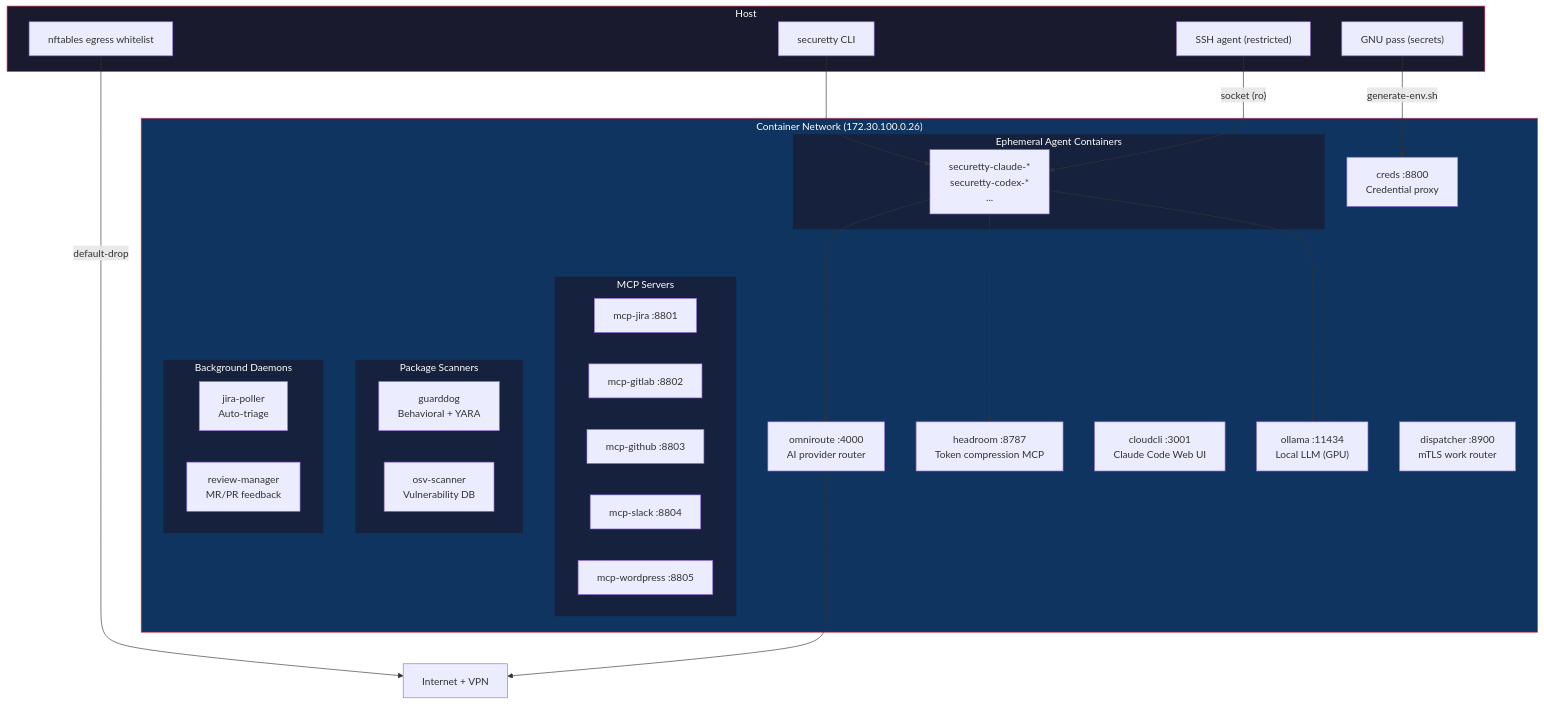
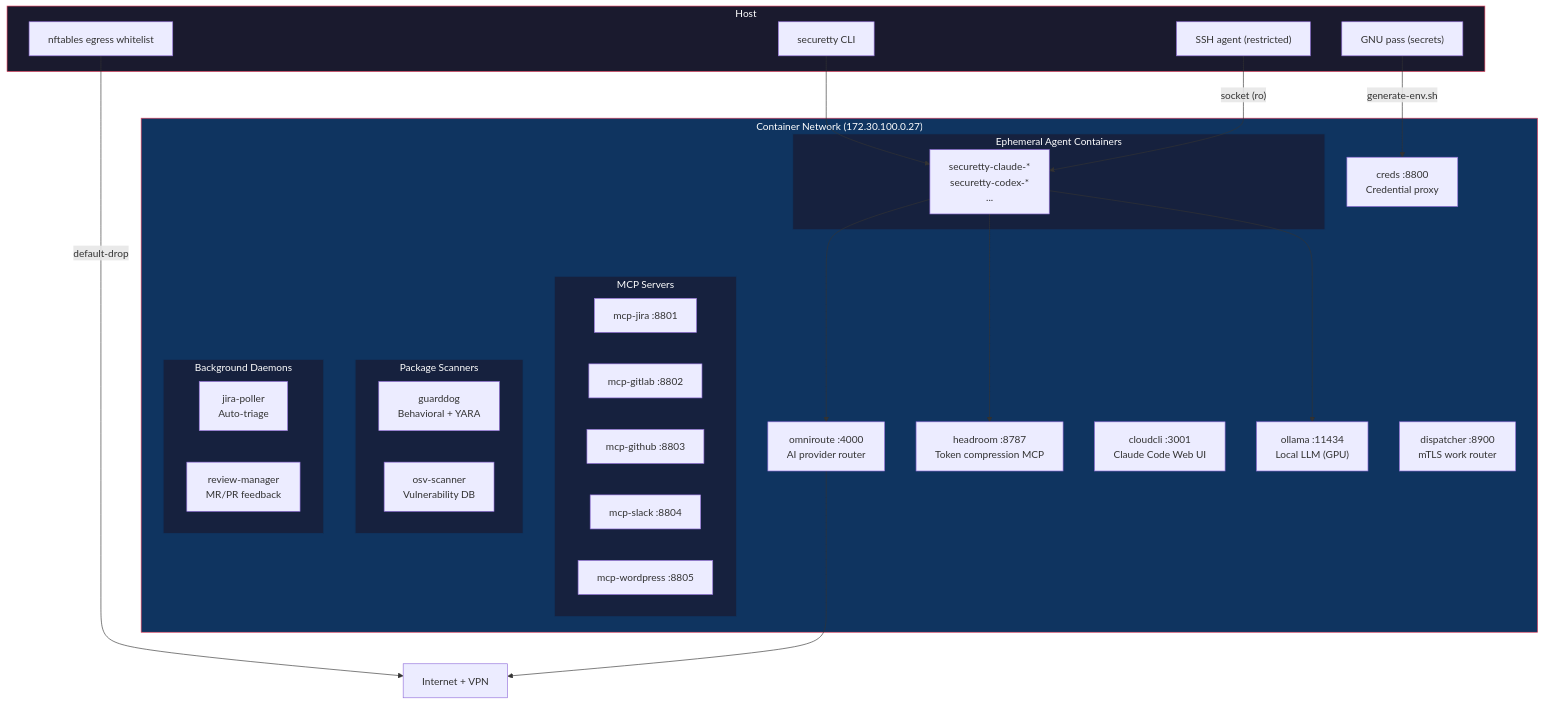
The first of 2 diagrams in README.md (dmzoneill/securetty), drawn with Mermaid before and after one commit. The commit also changed 1 other file, not shown here.

Commit message:
chore: bump version to v0.0.27

````diff
--- a/README.md
+++ b/README.md
@@ -7,58 +7,58 @@
 ```mermaid
 graph TD
     Internet["Internet + VPN"]
 
     subgraph host["Host"]
         CLI["securetty CLI"]
         SSHAgent["SSH agent (restricted)"]
         Pass["GNU pass (secrets)"]
         Egress["nftables egress whitelist"]
     end
 
-    subgraph network["Container Network (172.30.100.0.26)"]
+    subgraph network["Container Network (172.30.100.0.27)"]
         OmniRoute["omniroute :4000\nAI provider router"]
         Headroom["headroom :8787\nToken compression MCP"]
         CloudCLI["cloudcli :3001\nClaude Code Web UI"]
         Ollama["ollama :11434\nLocal LLM (GPU)"]
         Creds["creds :8800\nCredential proxy"]
         Dispatcher["dispatcher :8900\nmTLS work router"]
 
         subgraph mcp["MCP Servers"]
             Jira["mcp-jira :8801"]
             GitLab["mcp-gitlab :8802"]
             GitHub["mcp-github :8803"]
             Slack["mcp-slack :8804"]
             WordPress["mcp-wordpress :8805"]
         end
 
         subgraph scanners["Package Scanners"]
             GuardDog["guarddog\nBehavioral + YARA"]
             OSV["osv-scanner\nVulnerability DB"]
         end
 
         subgraph agents["Ephemeral Agent Containers"]
             Dev["securetty-claude-*\nsecuretty-codex-*\n..."]
         end
 
         subgraph daemons["Background Daemons"]
             JiraPoller["jira-poller\nAuto-triage"]
             ReviewMgr["review-manager\nMR/PR feedback"]
         end
     end
 
     CLI --> Dev
     Pass -->|"generate-env.sh"| Creds
     SSHAgent -->|"socket (ro)"| Dev
     Egress -->|"default-drop"| Internet
     Dev --> OmniRoute
     Dev --> Headroom
     Dev --> Ollama
     OmniRoute --> Internet
 
     style network fill:#0f3460,stroke:#e94560,color:#fff
     style host fill:#1a1a2e,stroke:#e94560,color:#fff
     style mcp fill:#16213e,stroke:#0f3460,color:#fff
     style scanners fill:#16213e,stroke:#0f3460,color:#fff
     style agents fill:#16213e,stroke:#0f3460,color:#fff
     style daemons fill:#16213e,stroke:#0f3460,color:#fff
 ```
````
